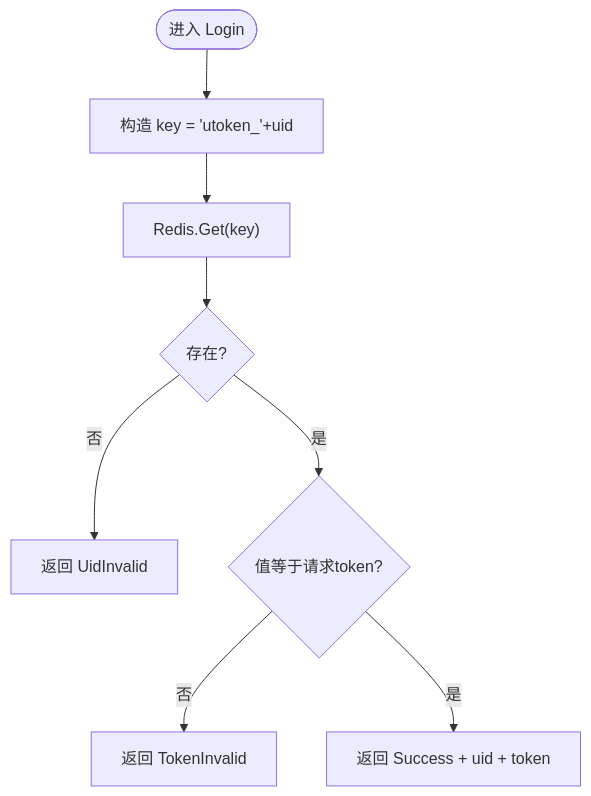
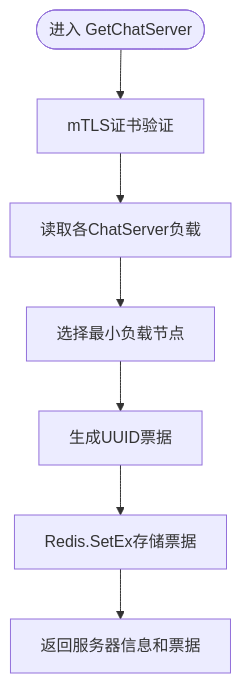
The fourth of 5 diagrams in .qoder/repowiki/zh/content/架构设计/微服务架构设计/StatusServer状态管理服务.md (echo9923/mychatter), drawn with Mermaid before and after one commit. The commit also changed other lines of this file and 107 other files, not shown here.

````diff
--- a/.qoder/repowiki/zh/content/架构设计/微服务架构设计/StatusServer状态管理服务.md
+++ b/.qoder/repowiki/zh/content/架构设计/微服务架构设计/StatusServer状态管理服务.md
@@ -259,10 +234,9 @@
 ```mermaid
 flowchart TD
-Start(["进入 Login"]) --> BuildKey["构造 key = 'utoken_'+uid"]
-BuildKey --> Read["Redis.Get(key)"]
-Read --> Exists{"存在?"}
-Exists -- 否 --> ErrUid["返回 UidInvalid"]
-Exists -- 是 --> Compare{"值等于请求token?"}
-Compare -- 否 --> ErrToken["返回 TokenInvalid"]
-Compare -- 是 --> Ok["返回 Success + uid + token"]
+Start(["进入 GetChatServer"]) --> Verify["mTLS证书验证"]
+Verify --> LoadCheck["读取各ChatServer负载"]
+LoadCheck --> Select["选择最小负载节点"]
+Select --> GenerateTicket["生成UUID票据"]
+GenerateTicket --> StoreTicket["Redis.SetEx存储票据"]
+StoreTicket --> Return["返回服务器信息和票据"]
 ```
````
